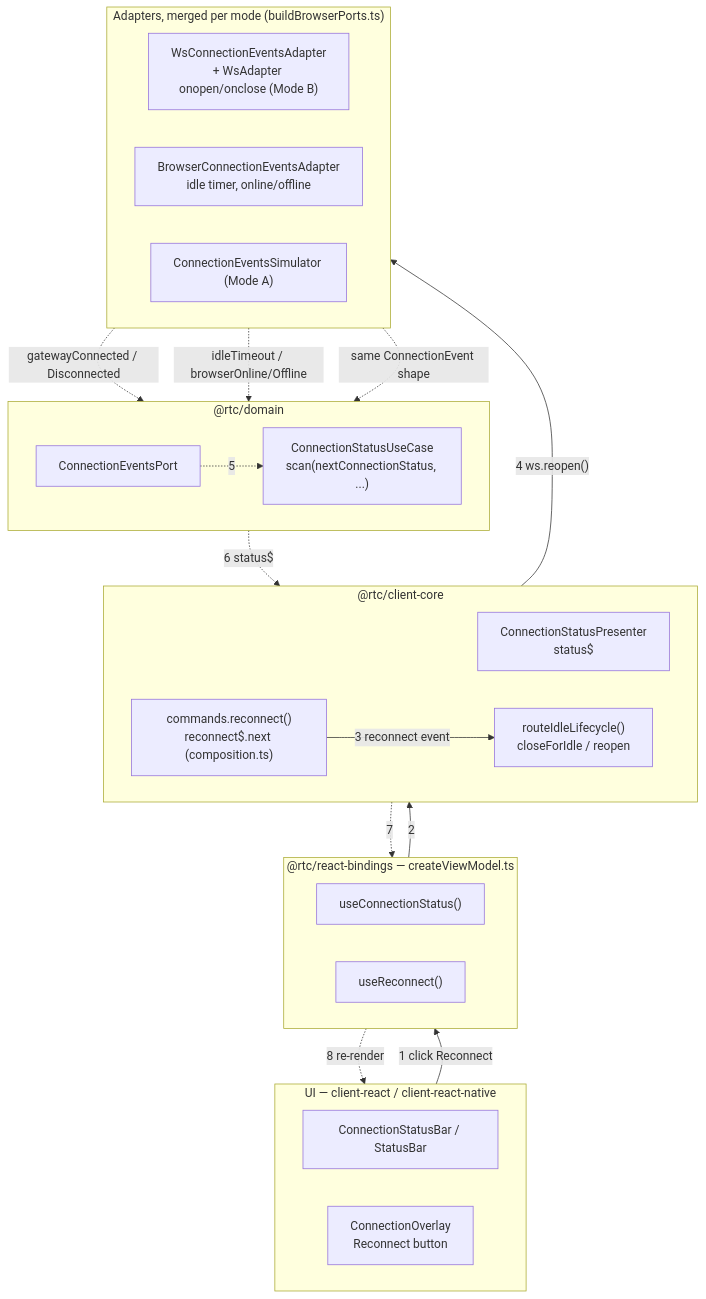
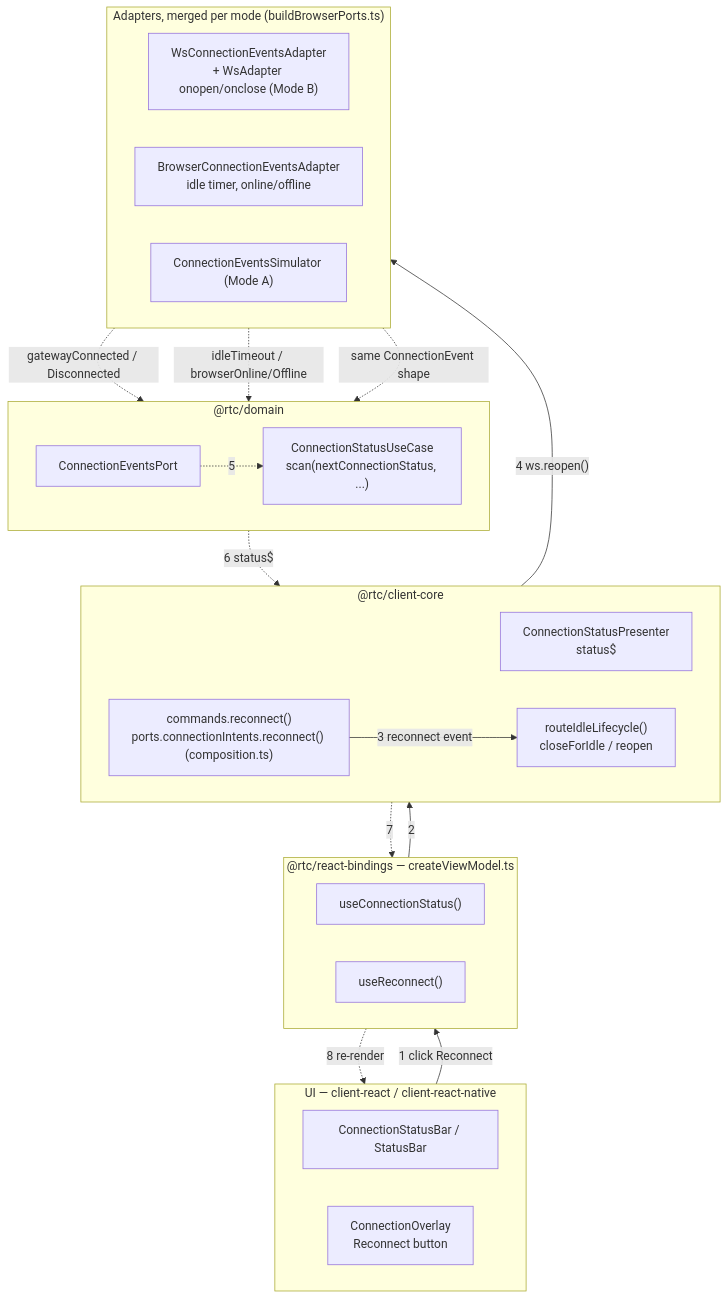
The second of 6 diagrams in docs/architecture/15-flows.md (bettersoftware-io/ReactiveTraderCloudClone), drawn with Mermaid before and after one commit. The commit also changed other lines of this file and 48 other files, not shown here.

First line of the commit message:
feat(client-core): pair connectionEvents with connectionIntents structurally

````diff
--- a/docs/architecture/15-flows.md
+++ b/docs/architecture/15-flows.md
@@ -52,37 +52,37 @@
 ```mermaid
 flowchart TB
     subgraph ui["UI — client-react / client-react-native"]
         direction LR
         bar["ConnectionStatusBar / StatusBar"]:::ui
         overlay["ConnectionOverlay<br/>Reconnect button"]:::ui
     end
     subgraph bindings["@rtc/react-bindings — createViewModel.ts"]
         direction LR
         hook["useConnectionStatus()"]:::bridge
         reconnectHook["useReconnect()"]:::bridge
     end
     subgraph core["@rtc/client-core"]
         direction LR
         pres["ConnectionStatusPresenter<br/>status$"]:::core
-        cmd["commands.reconnect()<br/>reconnect$.next (composition.ts)"]:::core
+        cmd["commands.reconnect()<br/>ports.connectionIntents.reconnect() (composition.ts)"]:::core
         routeFn["routeIdleLifecycle()<br/>closeForIdle / reopen"]:::core
     end
     subgraph domain["@rtc/domain"]
         direction LR
         uc["ConnectionStatusUseCase<br/>scan(nextConnectionStatus, ...)"]:::domain
         port["ConnectionEventsPort"]:::domain
     end
     subgraph adapters["Adapters, merged per mode (buildBrowserPorts.ts)"]
         direction LR
         wsGateway["WsConnectionEventsAdapter<br/>+ WsAdapter onopen/onclose (Mode B)"]:::server
         browserAdapter["BrowserConnectionEventsAdapter<br/>idle timer, online/offline"]:::ui
         simGateway["ConnectionEventsSimulator (Mode A)"]:::domain
     end
 
     overlay -->|"1 click Reconnect"| reconnectHook -->|"2"| cmd -->|"3 reconnect event"| routeFn -->|"4 ws.reopen()"| wsGateway
 
     wsGateway -.->|"gatewayConnected / Disconnected"| port
     browserAdapter -.->|"idleTimeout / browserOnline/Offline"| port
     simGateway -.->|"same ConnectionEvent shape"| port
     port -.->|"5"| uc -.->|"6 status$"| pres -.->|"7"| hook -.->|"8 re-render"| bar
 ```
````
